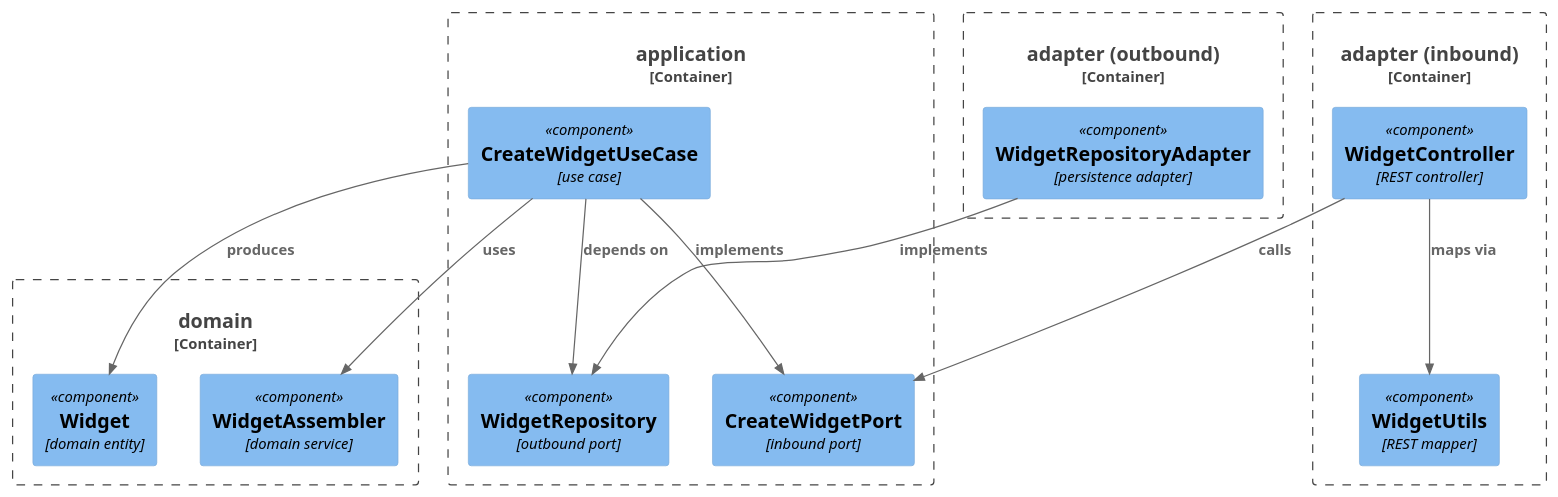
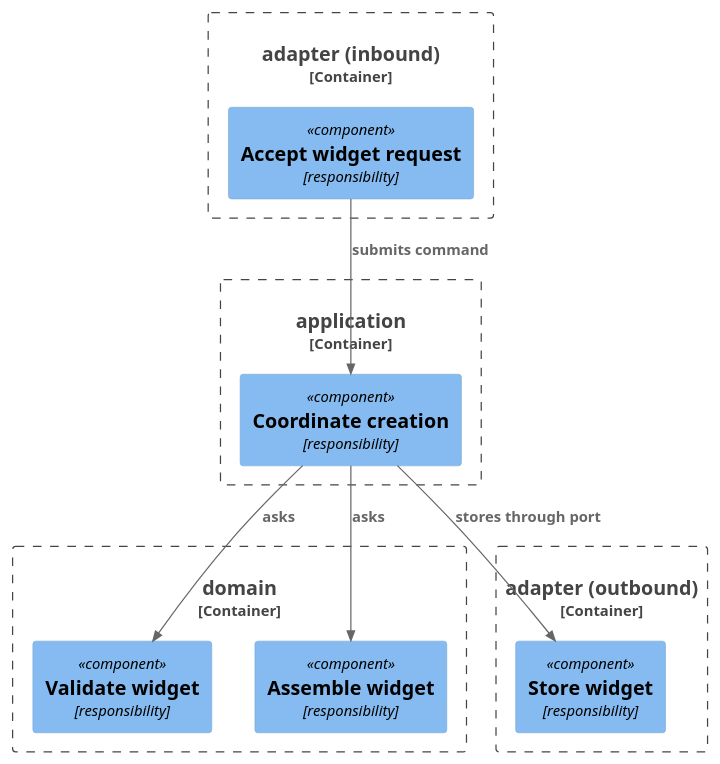
The diagram in tests/fixtures/plan/bad/after-names-nothing/docs/1-add-widget/plan.md (ds-usova/tdd-sdlc), drawn with PlantUML before and after one commit. The commit also changed other lines of this file and 21 other files, not shown here.

Commit message:
Make plan diagrams an architecture review surface

````diff
--- a/tests/fixtures/plan/bad/after-names-nothing/docs/1-add-widget/plan.md
+++ b/tests/fixtures/plan/bad/after-names-nothing/docs/1-add-widget/plan.md
@@ -37,34 +38,28 @@
 ```plantuml
 @startuml
 ' Uses PlantUML's bundled C4-PlantUML stdlib (angle-bracket include — no network fetch, no relative file
 ' path, resolved the same way regardless of where this diagram is rendered from). If a renderer's PlantUML
 ' version doesn't have the C4 stdlib bundled, fall back to:
 ' !include https://raw.githubusercontent.com/plantuml-stdlib/C4-PlantUML/master/C4_Component.puml
 !include <C4/C4_Component>
 
 Container_Boundary(domain, "domain") {
-  Component(widget, "Widget", "domain entity")
-  Component(widgetAssembler, "WidgetAssembler", "domain service")
+  Component(validateWidget, "Validate widget", "responsibility", "")
+  Component(assembleWidget, "Assemble widget", "responsibility", "")
 }
 Container_Boundary(application, "application") {
-  Component(createWidgetPort, "CreateWidgetPort", "inbound port")
-  Component(createWidgetUseCase, "CreateWidgetUseCase", "use case")
-  Component(widgetRepository, "WidgetRepository", "outbound port")
+  Component(coordinateCreation, "Coordinate creation", "responsibility", "")
 }
 Container_Boundary(inboundAdapter, "adapter (inbound)") {
-  Component(widgetController, "WidgetController", "REST controller")
-  Component(widgetUtils, "WidgetUtils", "REST mapper")
+  Component(acceptRequest, "Accept widget request", "responsibility", "")
 }
 Container_Boundary(outboundAdapter, "adapter (outbound)") {
-  Component(widgetRepositoryAdapter, "WidgetRepositoryAdapter", "persistence adapter")
+  Component(storeWidget, "Store widget", "responsibility", "")
 }
 
-Rel(widgetController, createWidgetPort, "calls")
-Rel(createWidgetUseCase, createWidgetPort, "implements")
-Rel(widgetController, widgetUtils, "maps via")
-Rel(createWidgetUseCase, widgetAssembler, "uses")
-Rel(createWidgetUseCase, widget, "produces")
-Rel(createWidgetUseCase, widgetRepository, "depends on")
-Rel(widgetRepositoryAdapter, widgetRepository, "implements")
+Rel(acceptRequest, coordinateCreation, "submits command")
+Rel(coordinateCreation, validateWidget, "asks")
+Rel(coordinateCreation, assembleWidget, "asks")
+Rel(coordinateCreation, storeWidget, "stores through port")
 @enduml
 ```
````
